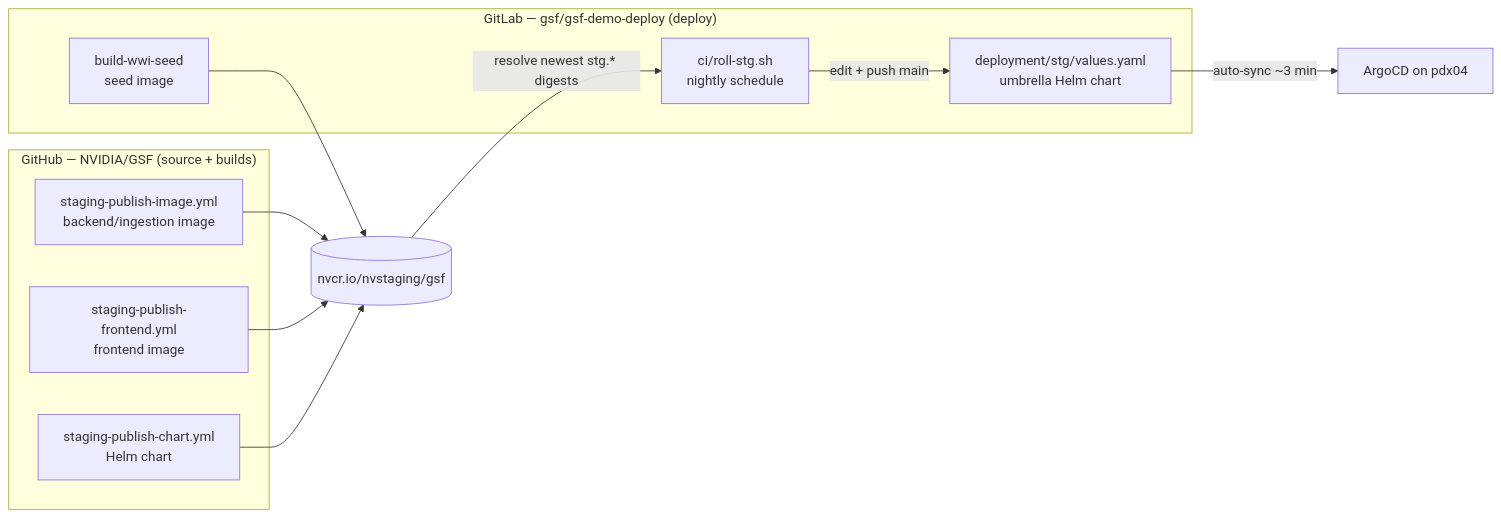
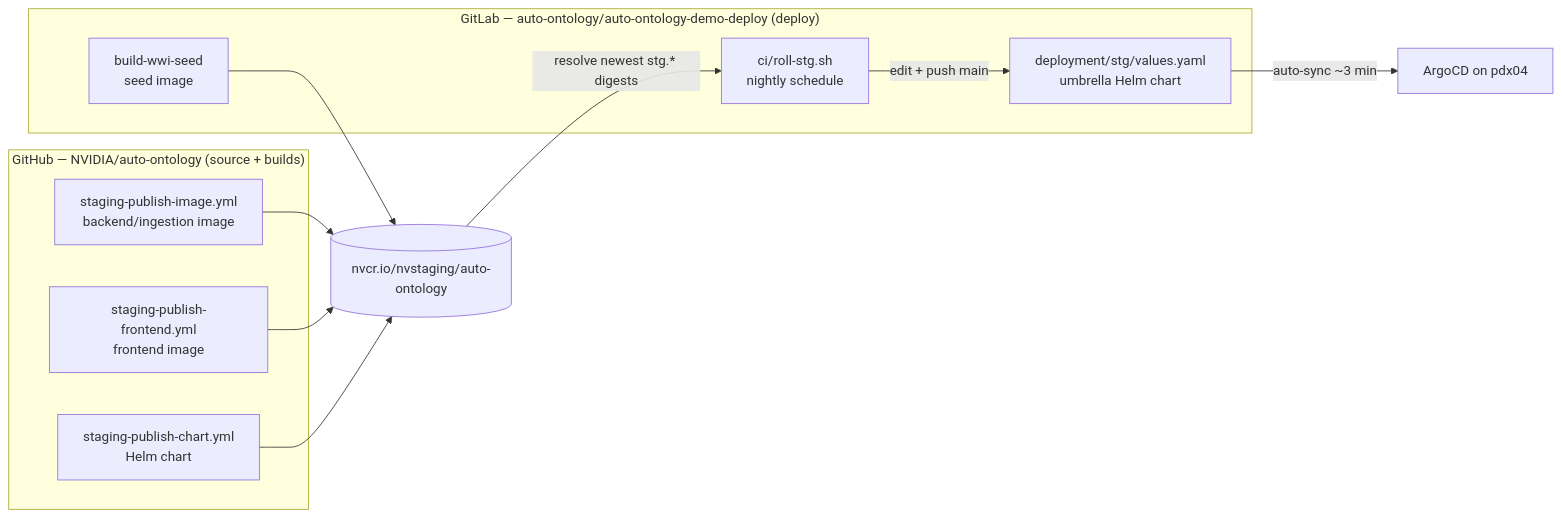
The diagram in DEPLOYMENT.md (Manushpm8/auto-ontology), drawn with Mermaid before and after one commit. The commit also changed other lines of this file and 854 other files, not shown here.

First line of the commit message:
Rename GSF to Auto Ontology (#295)

````diff
--- a/DEPLOYMENT.md
+++ b/DEPLOYMENT.md
@@ -50,22 +50,22 @@
 ```mermaid
 flowchart LR
-  subgraph GitHub["GitHub — NVIDIA/GSF (source + builds)"]
+  subgraph GitHub["GitHub — NVIDIA/auto-ontology (source + builds)"]
     A[staging-publish-image.yml<br/>backend/ingestion image]
     F[staging-publish-frontend.yml<br/>frontend image]
     C[staging-publish-chart.yml<br/>Helm chart]
   end
-  NVCR[(nvcr.io/nvstaging/gsf)]
-  subgraph GitLab["GitLab — gsf/gsf-demo-deploy (deploy)"]
+  NVCR[(nvcr.io/nvstaging/auto-ontology)]
+  subgraph GitLab["GitLab — auto-ontology/auto-ontology-demo-deploy (deploy)"]
     R[ci/roll-stg.sh<br/>nightly schedule]
     V[deployment/stg/values.yaml<br/>umbrella Helm chart]
     W[build-wwi-seed<br/>seed image]
   end
   ARGO[ArgoCD on pdx04]
   A --> NVCR
   F --> NVCR
   C --> NVCR
   W --> NVCR
   NVCR -->|resolve newest stg.* digests| R
   R -->|edit + push main| V
   V -->|auto-sync ~3 min| ARGO
 ```
````
